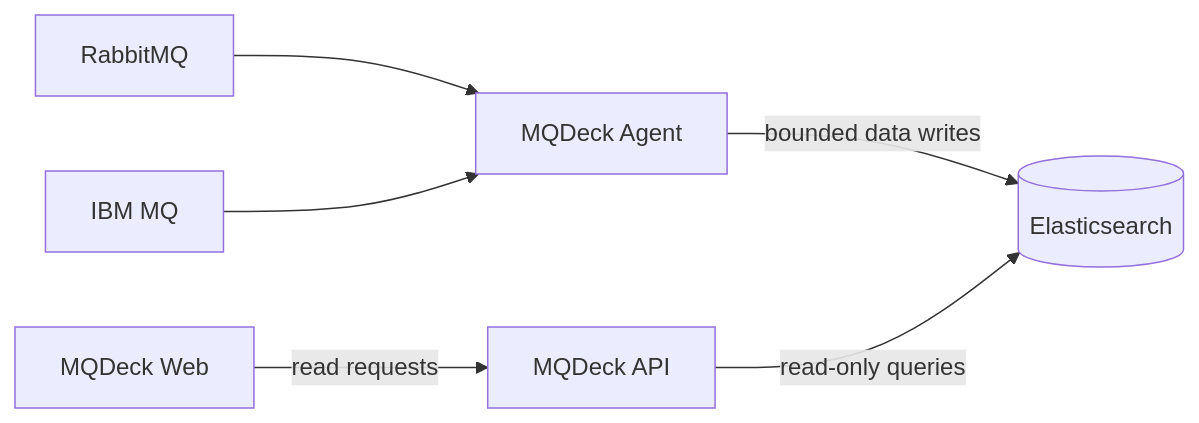
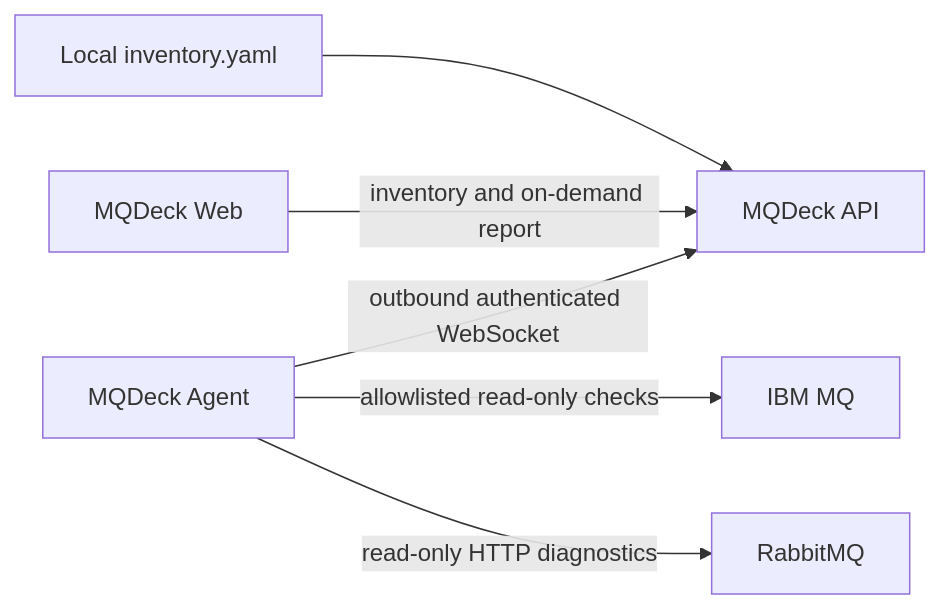
The diagram in README.md (mqdeck/mqdeck), drawn with Mermaid before and after one commit. The commit also changed other lines of this file and 28 other files, not shown here.

````diff
--- a/README.md
+++ b/README.md
@@ -106,8 +13,8 @@
 ```mermaid
 flowchart LR
-    RMQ["RabbitMQ"] --> AGENT["MQDeck Agent"]
-    IBM["IBM MQ"] --> AGENT
-    AGENT -->|"bounded data writes"| ES[("Elasticsearch")]
-    WEB["MQDeck Web"] -->|"read requests"| API["MQDeck API"]
-    API -->|"read-only queries"| ES
+    YAML["Local inventory.yaml"] --> API["MQDeck API"]
+    WEB["MQDeck Web"] -->|"inventory and on-demand report"| API
+    AGENT["MQDeck Agent"] -->|"outbound authenticated WebSocket"| API
+    AGENT -->|"allowlisted read-only checks"| IBM["IBM MQ"]
+    AGENT -->|"read-only HTTP diagnostics"| RMQ["RabbitMQ"]
 ```
````
